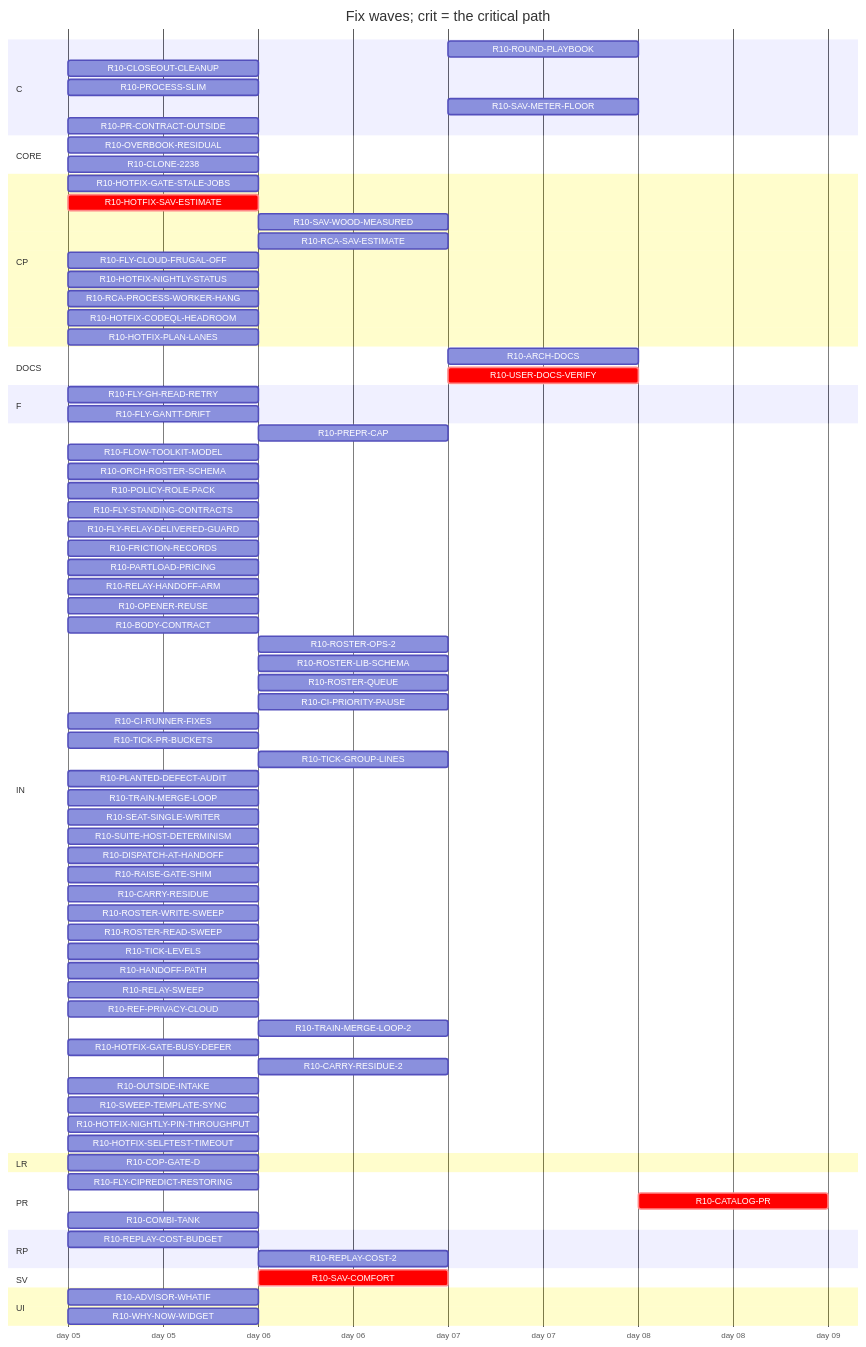
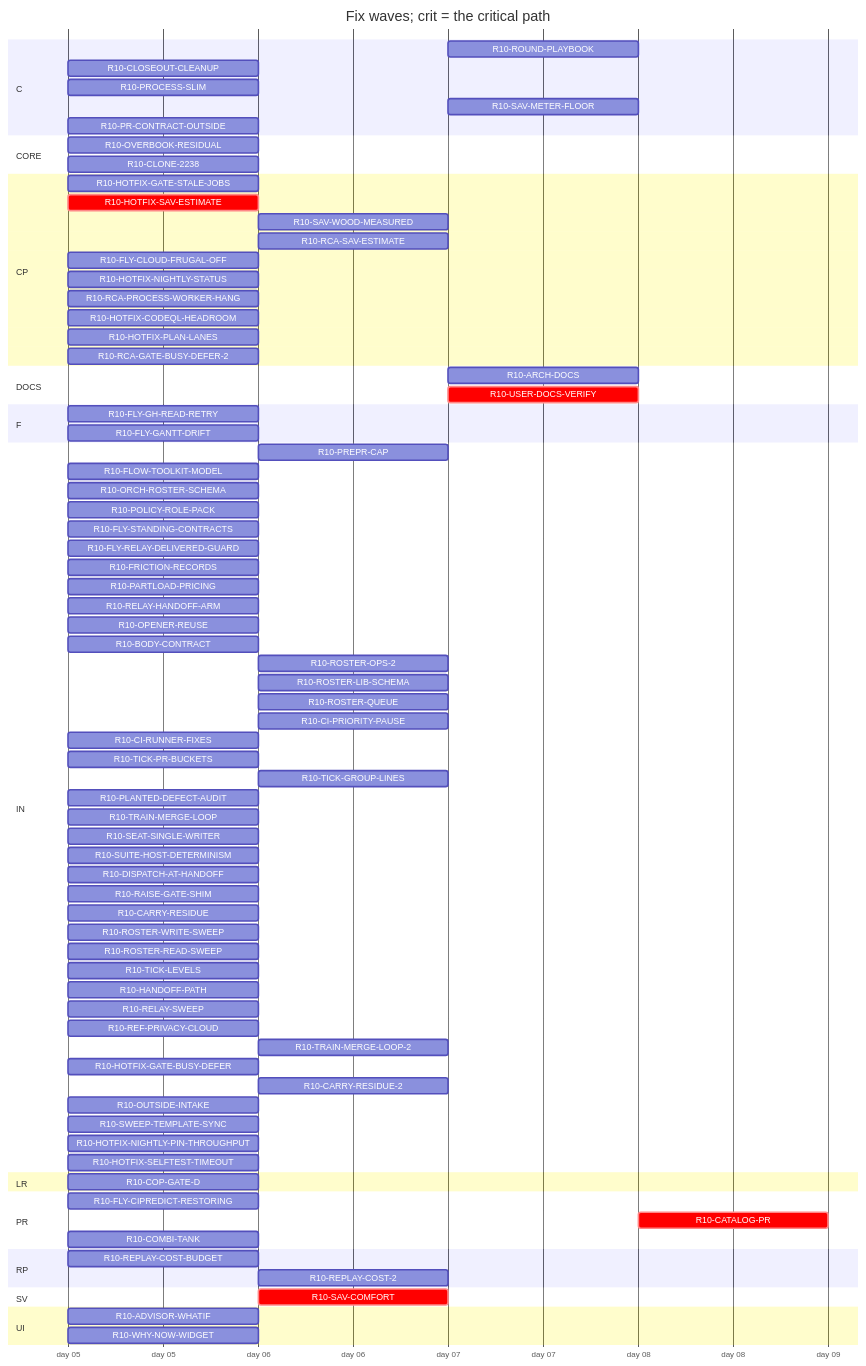
One commit to tvofi/heatpump_optimizer changed the diagram in handoff/round10/state/PLAN-TABLE.md. Above: the diagram before and after it, drawn with Mermaid. The commit also changed other lines of this file and 4 other files, not shown here.

Commit message:
state: FLOW-BOARD.md, NEXT-SESSION-PROMPT.md, PLAN-TABLE.md, PLAN.html, RESUME-CURRENT.md regenerated (state_docs.py)

```diff
--- a/handoff/round10/state/PLAN-TABLE.md
+++ b/handoff/round10/state/PLAN-TABLE.md
@@ -45,6 +45,7 @@
     R10-RCA-PROCESS-WORKER-HANG :r10RCAPROCESSWORKERHANG, 2026-01-05, 1d
     R10-HOTFIX-CODEQL-HEADROOM :r10HOTFIXCODEQLHEADROOM, 2026-01-05, 1d
     R10-HOTFIX-PLAN-LANES :r10HOTFIXPLANLANES, 2026-01-05, 1d
+    R10-RCA-GATE-BUSY-DEFER-2 :r10RCAGATEBUSYDEFER2, 2026-01-05, 1d
   section DOCS
     R10-ARCH-DOCS :r10ARCHDOCS, after r10CARRYRESIDUE r10OVERBOOKRESIDUAL r10CLONE2238 r10SAVCOMFORT r10COPGATED r10WHYNOWWIDGET r10PARTLOADPRICING r10ADVISORWHATIF r10REPLAYCOSTBUDGET r10PREPRCAP r10HANDOFFPATH r10RELAYSWEEP r10TRAINMERGELOOP r10DISPATCHATHANDOFF r10BODYCONTRACT r10TICKLEVELS r10CIPRIORITYPAUSE r10ROSTERWRITESWEEP r10ROSTERREADSWEEP r10FLYSTANDINGCONTRACTS r10POLICYROLEPACK r10FRICTIONRECORDS r10FLOWTOOLKITMODEL r10CIRUNNERFIXES r10FLYCIPREDICTRESTORING r10RAISEGATESHIM r10PLANTEDDEFECTAUDIT r10FLYGHREADRETRY r10SUITEHOSTDETERMINISM, 1d
     R10-USER-DOCS-VERIFY :crit, r10USERDOCSVERIFY, after r10CARRYRESIDUE r10OVERBOOKRESIDUAL r10CLONE2238 r10SAVCOMFORT r10COPGATED r10WHYNOWWIDGET r10PARTLOADPRICING r10ADVISORWHATIF r10REPLAYCOSTBUDGET, 1d
```
